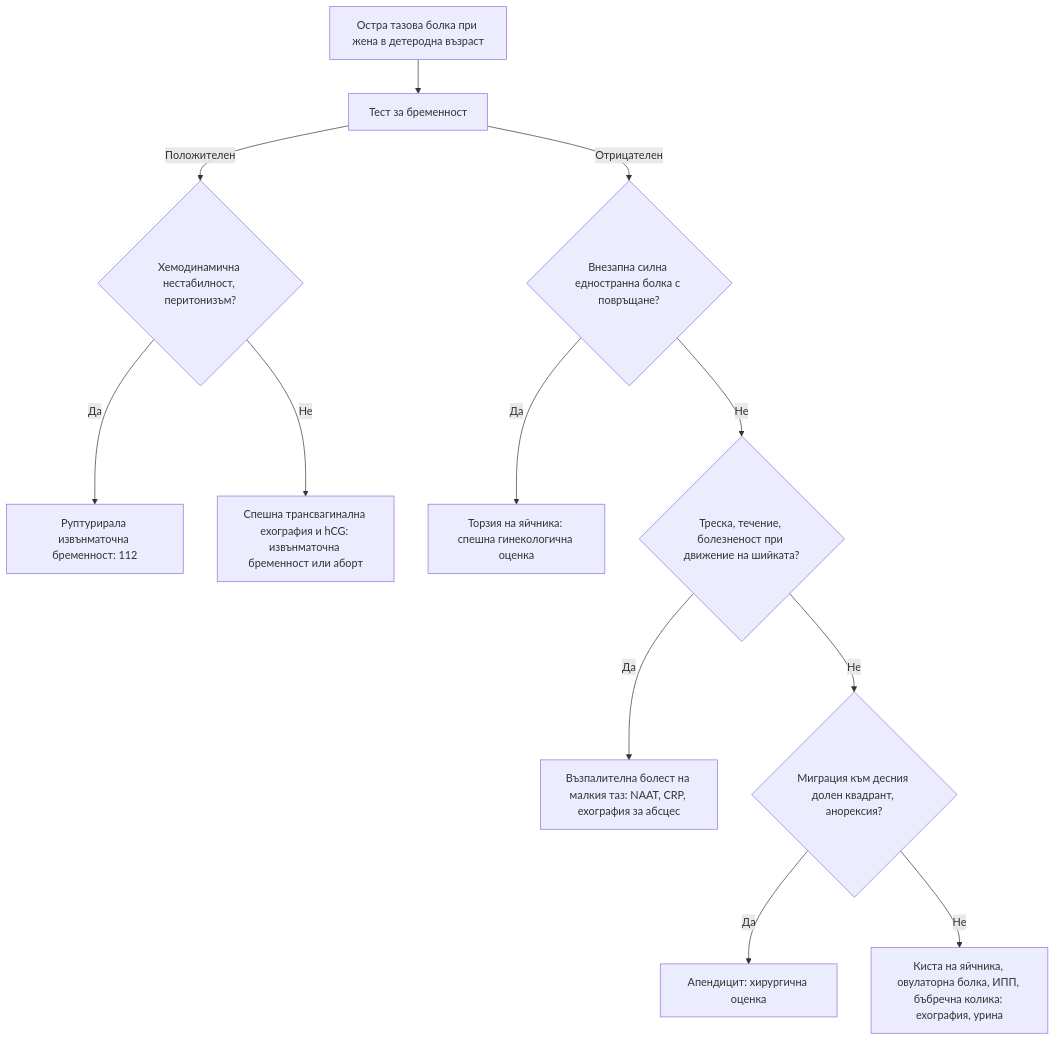
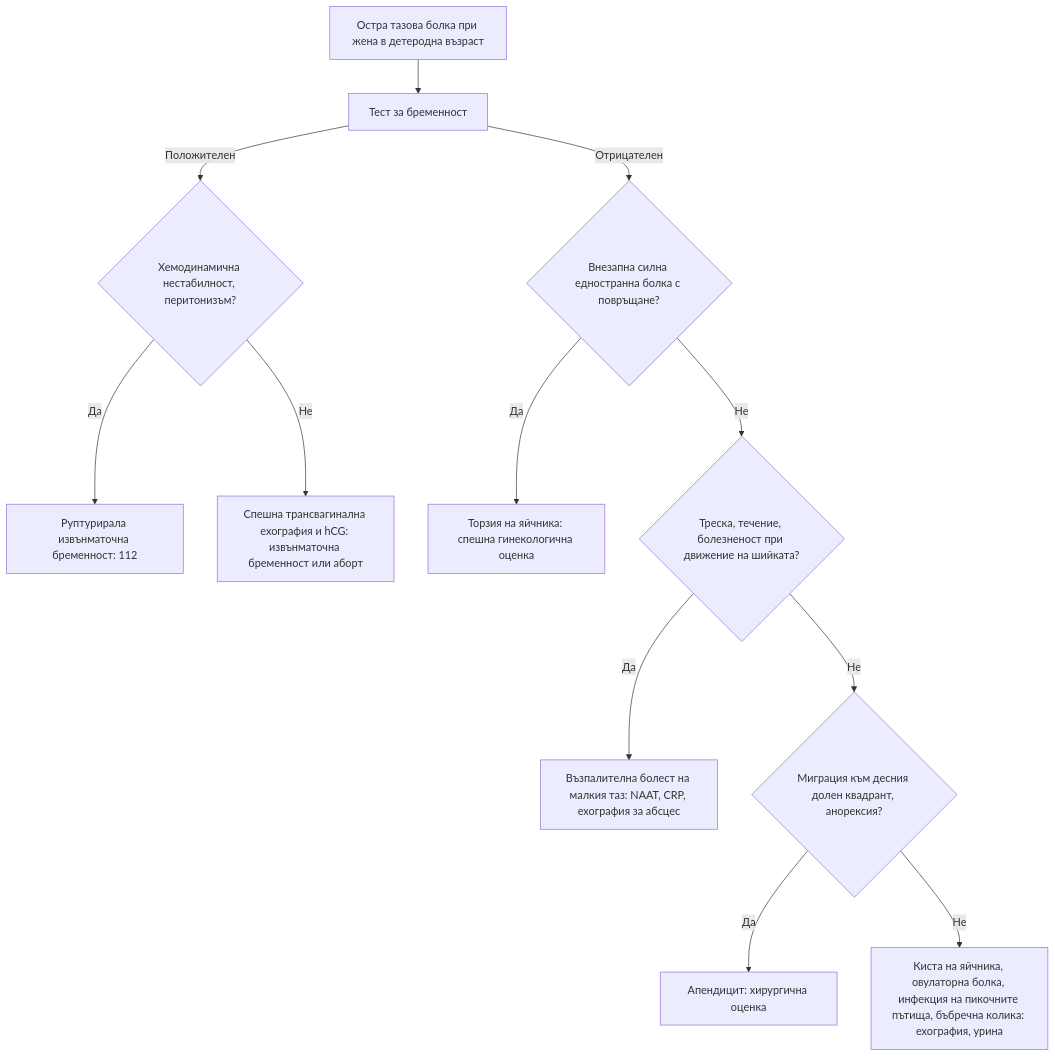
Before and after one commit to yancho26/yancho: the diagram in glavi/64-tazova-bolka-techenie.md, drawn with Mermaid. The commit also changed 46 other files, not shown here.

````diff
--- a/glavi/64-tazova-bolka-techenie.md
+++ b/glavi/64-tazova-bolka-techenie.md
@@ -131,14 +131,14 @@
 ```mermaid
 flowchart TD
     A["Остра тазова болка при жена в детеродна възраст"] --> B["Тест за бременност"]
     B -->|Положителен| C{"Хемодинамична нестабилност, перитонизъм?"}
     C -->|Да| D["Руптурирала извънматочна бременност: 112"]
     C -->|Не| E["Спешна трансвагинална ехография и hCG: извънматочна бременност или аборт"]
     B -->|Отрицателен| F{"Внезапна силна едностранна болка с повръщане?"}
     F -->|Да| G["Торзия на яйчника: спешна гинекологична оценка"]
     F -->|Не| H{"Треска, течение, болезненост при движение на шийката?"}
     H -->|Да| I["Възпалителна болест на малкия таз: NAAT, CRP, ехография за абсцес"]
     H -->|Не| J{"Миграция към десния долен квадрант, анорексия?"}
     J -->|Да| K["Апендицит: хирургична оценка"]
-    J -->|Не| L["Киста на яйчника, овулаторна болка, ИПП, бъбречна колика: ехография, урина"]
+    J -->|Не| L["Киста на яйчника, овулаторна болка, инфекция на пикочните пътища, бъбречна колика: ехография, урина"]
 ```
````
